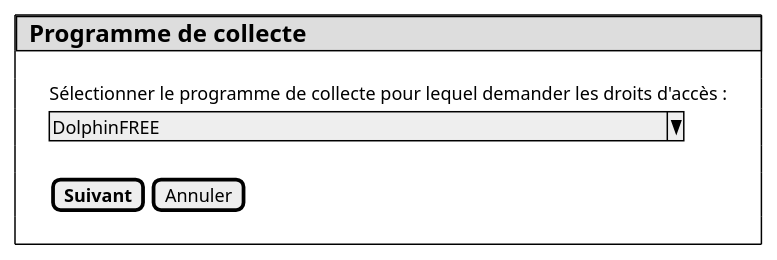
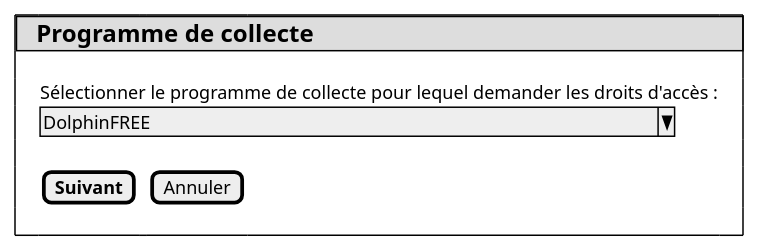
The diagram in projects/common/spe/images/program-access-rights-request-selection.puml (sumaris-net/sumaris-doc), drawn with PlantUML before and after one commit. The commit also changed 8 other files, not shown here.

```diff
--- a/projects/common/spe/images/program-access-rights-request-selection.puml
+++ b/projects/common/spe/images/program-access-rights-request-selection.puml
@@ -1,13 +1,13 @@
 @startsalt
 {
     {+
-        {* <size:16><b>  Programme de collecte}
-        .
-        { | . | . | . | . | Sélectionner le programme de collecte pour lequel demander les droits d'accès : | . | . | . | . | }
-        { | . | . | . | . | ^DolphinFREE                                        ^ | . | . | . | . | }
-        .
-        { | . | . | . | . | [<b>Suivant] | [Annuler] | }
-        .
+        {* <color:dddddd> | <size:16><b>Programme de collecte} | * | * | * | * | * | * | * | *
+        . | . | . | . | . | .
+        <color:ffffff>++ | Sélectionner le programme de collecte pour lequel demander les droits d'accès : | * | * | * | <color:ffffff>++
+        . | ^DolphinFREE                                        ^ | * | * | * | .
+        . | . | . | . | . | .
+        . | [<b>Suivant] | . | [Annuler] | . | .
+        . | . | . | . | . | .
     }
 }
 @endsalt
```
